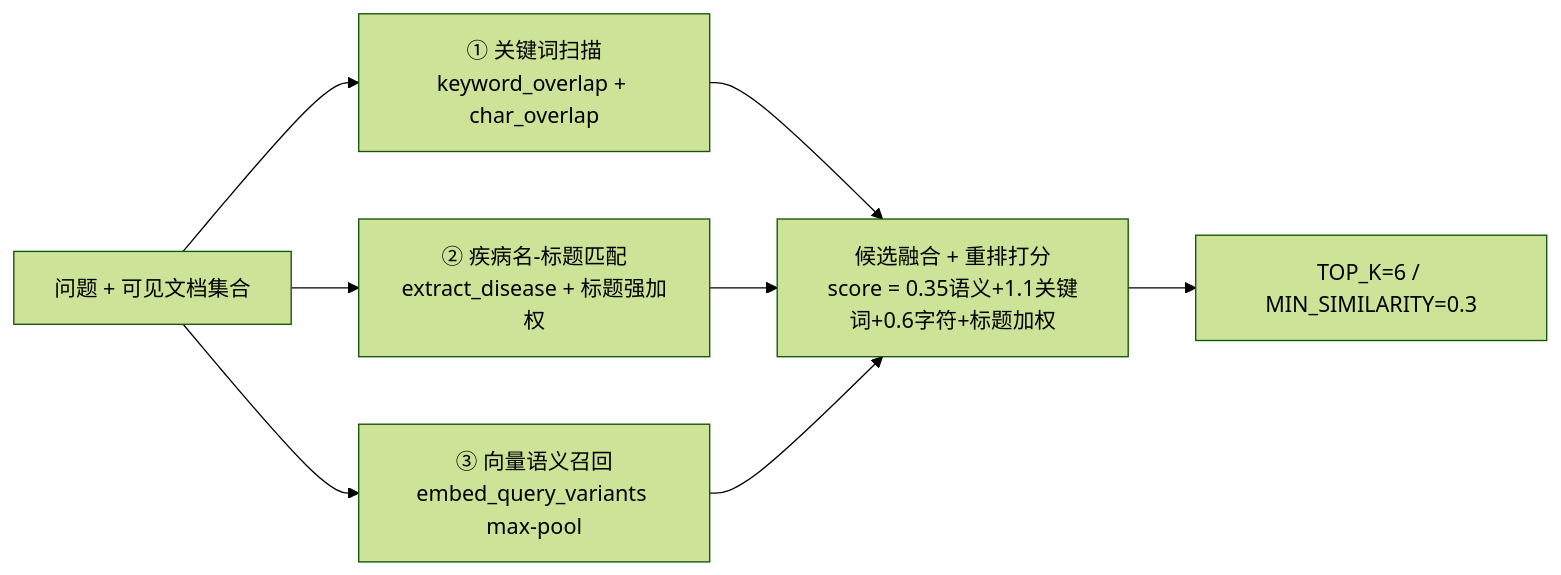
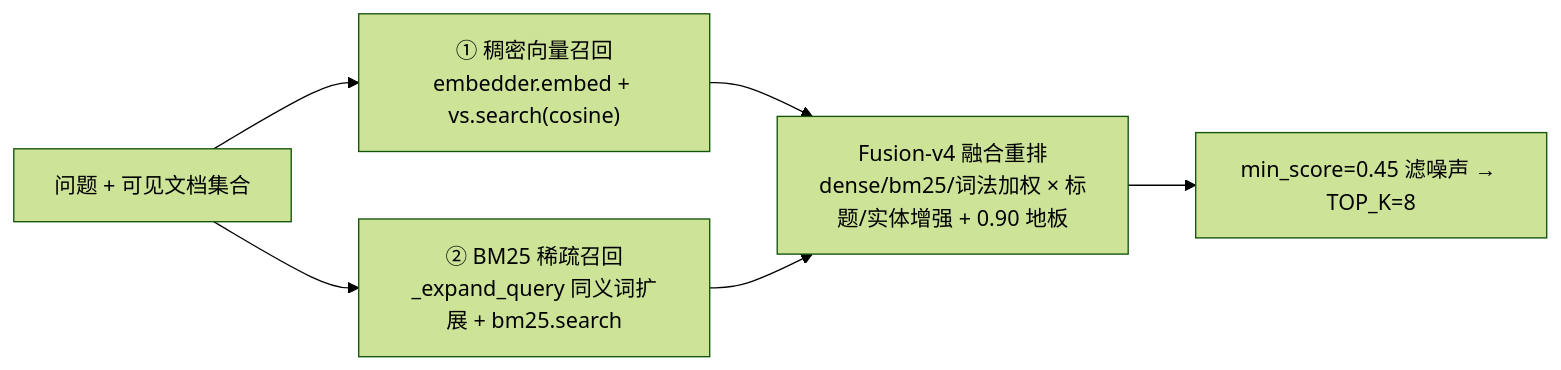
The seventh of 14 diagrams in 面试准备/项目完整架构与流程图.md (SFANBLOG/medical-assistant-master), drawn with Mermaid (forest theme) before and after one commit. The commit also changed other lines of this file and 3 other files, not shown here.

````diff
--- a/面试准备/项目完整架构与流程图.md
+++ b/面试准备/项目完整架构与流程图.md
@@ -212,8 +213,7 @@
 ```mermaid
 flowchart LR
-    Q["问题 + 可见文档集合"] --> R1["① 关键词扫描<br/>keyword_overlap + char_overlap"]
-    Q --> R2["② 疾病名-标题匹配<br/>extract_disease + 标题强加权"]
-    Q --> R3["③ 向量语义召回<br/>embed_query_variants max-pool"]
-    R1 & R2 & R3 --> M["候选融合 + 重排打分<br/>score = 0.35语义+1.1关键词+0.6字符+标题加权"]
-    M --> T["TOP_K=6 / MIN_SIMILARITY=0.3"]
+    Q["问题 + 可见文档集合"] --> R1["① 稠密向量召回<br/>embedder.embed + vs.search(cosine)"]
+    Q --> R2["② BM25 稀疏召回<br/>_expand_query 同义词扩展 + bm25.search"]
+    R1 & R2 --> M["Fusion-v4 融合重排<br/>dense/bm25/词法加权 × 标题/实体增强 + 0.90 地板"]
+    M --> T["min_score=0.45 滤噪声 → TOP_K=8"]
 ```
````
